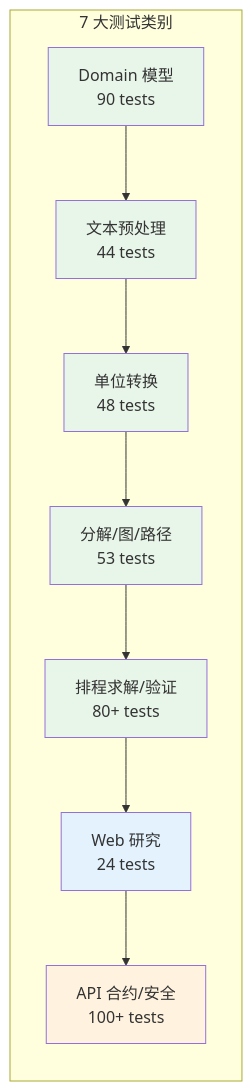
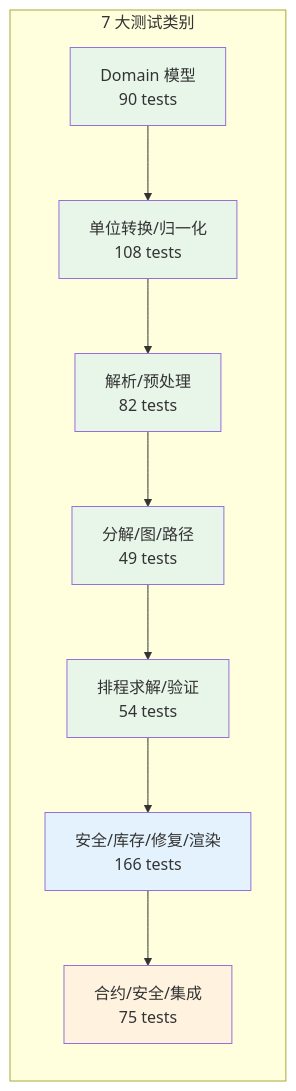
One commit to foodmind-team/foodmind-intelligence changed the second of 10 diagrams in agent-service/app/agents/cooking/tests/TESTING_REPORT.md. Above: the diagram before and after it, drawn with Mermaid. The commit also changed other lines of this file and 49 other files, not shown here.

````diff
--- a/agent-service/app/agents/cooking/tests/TESTING_REPORT.md
+++ b/agent-service/app/agents/cooking/tests/TESTING_REPORT.md
@@ -32,19 +32,19 @@
 ```mermaid
 graph LR
     subgraph "7 大测试类别"
-        A["Domain 模型<br/>90 tests"] --> B["文本预处理<br/>44 tests"]
-        B --> C["单位转换<br/>48 tests"]
-        C --> D["分解/图/路径<br/>53 tests"]
-        D --> E["排程求解/验证<br/>80+ tests"]
-        E --> F["Web 研究<br/>24 tests"]
-        F --> G["API 合约/安全<br/>100+ tests"]
+        A["Domain 模型<br/>90 tests"] --> B["单位转换/归一化<br/>108 tests"]
+        B --> C["解析/预处理<br/>82 tests"]
+        C --> D["分解/图/路径<br/>49 tests"]
+        D --> E["排程求解/验证<br/>54 tests"]
+        E --> F["安全/库存/修复/渲染<br/>166 tests"]
+        F --> G["合约/安全/集成<br/>75 tests"]
     end
 
     style A fill:#e8f5e9
     style B fill:#e8f5e9
     style C fill:#e8f5e9
     style D fill:#e8f5e9
     style E fill:#e8f5e9
     style F fill:#e3f2fd
     style G fill:#fff3e0
 ```
````
